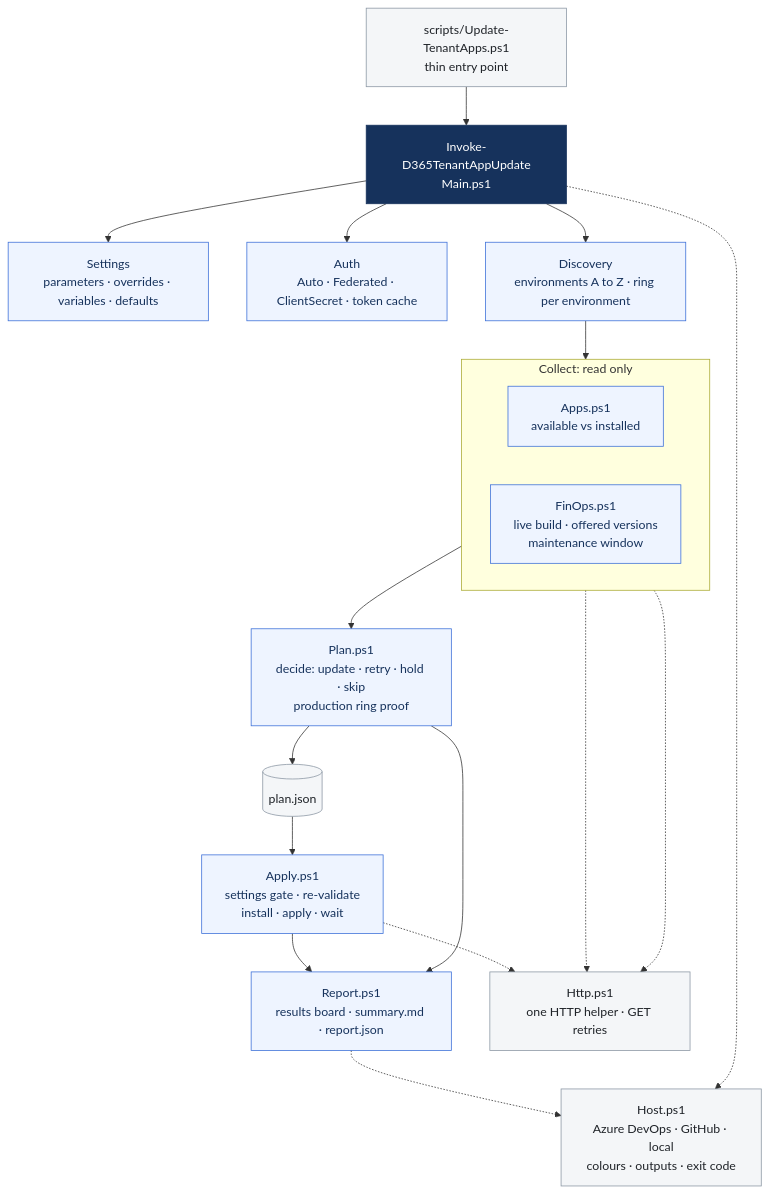
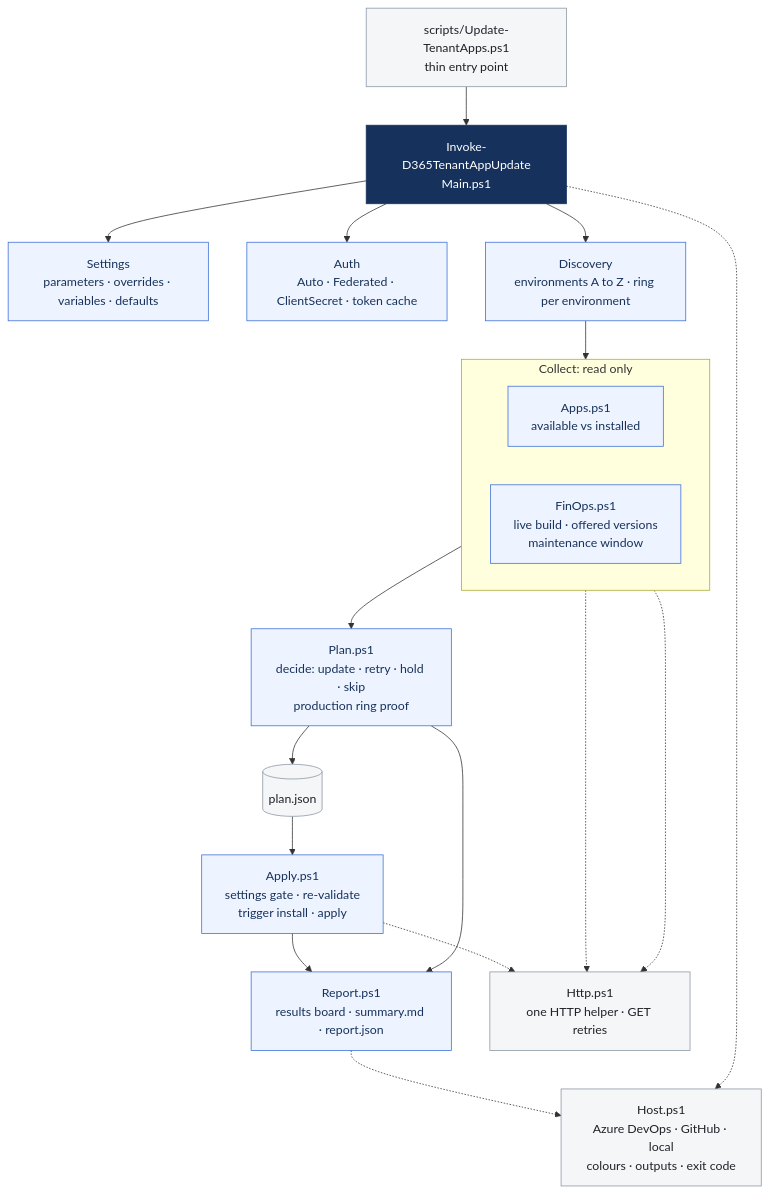
Before and after one commit to lazejanev/d365-tenant-app-updater: the diagram in docs/diagrams/03-module-flow.mmd, drawn with Mermaid. The commit also changed 19 other files, not shown here.

```diff
--- a/docs/diagrams/03-module-flow.mmd
+++ b/docs/diagrams/03-module-flow.mmd
@@ -1,29 +1,29 @@
 flowchart TB
     E["scripts/Update-TenantApps.ps1<br/>thin entry point"] --> M["Invoke-D365TenantAppUpdate<br/>Main.ps1"]
     M --> SET["Settings<br/>parameters · overrides · variables · defaults"]
     M --> AUTH["Auth<br/>Auto · Federated · ClientSecret · token cache"]
     M --> DISC["Discovery<br/>environments A to Z · ring per environment"]
     DISC --> COL
     subgraph COL["Collect: read only"]
         direction LR
         APPS["Apps.ps1<br/>available vs installed"]
         FO["FinOps.ps1<br/>live build · offered versions<br/>maintenance window"]
     end
     COL --> PLAN["Plan.ps1<br/>decide: update · retry · hold · skip<br/>production ring proof"]
     PLAN --> PJ[("plan.json")]
-    PJ --> APPLY["Apply.ps1<br/>settings gate · re-validate<br/>install · apply · wait"]
+    PJ --> APPLY["Apply.ps1<br/>settings gate · re-validate<br/>trigger install · apply"]
     APPLY --> REP["Report.ps1<br/>results board · summary.md · report.json"]
     PLAN --> REP
     HOST["Host.ps1<br/>Azure DevOps · GitHub · local<br/>colours · outputs · exit code"]
     REP -.-> HOST
     M -.-> HOST
     HTTP["Http.ps1<br/>one HTTP helper · GET retries"]
     APPS -.-> HTTP
     FO -.-> HTTP
     APPLY -.-> HTTP
     classDef core fill:#16325c,stroke:#16325c,color:#ffffff
     classDef step fill:#eef4ff,stroke:#3b6fd8,color:#16325c
     classDef infra fill:#f4f6f8,stroke:#8a96a3,color:#1f2328
     class M core
     class SET,AUTH,DISC,APPS,FO,PLAN,APPLY,REP step
     class HOST,HTTP,E,PJ infra
```
